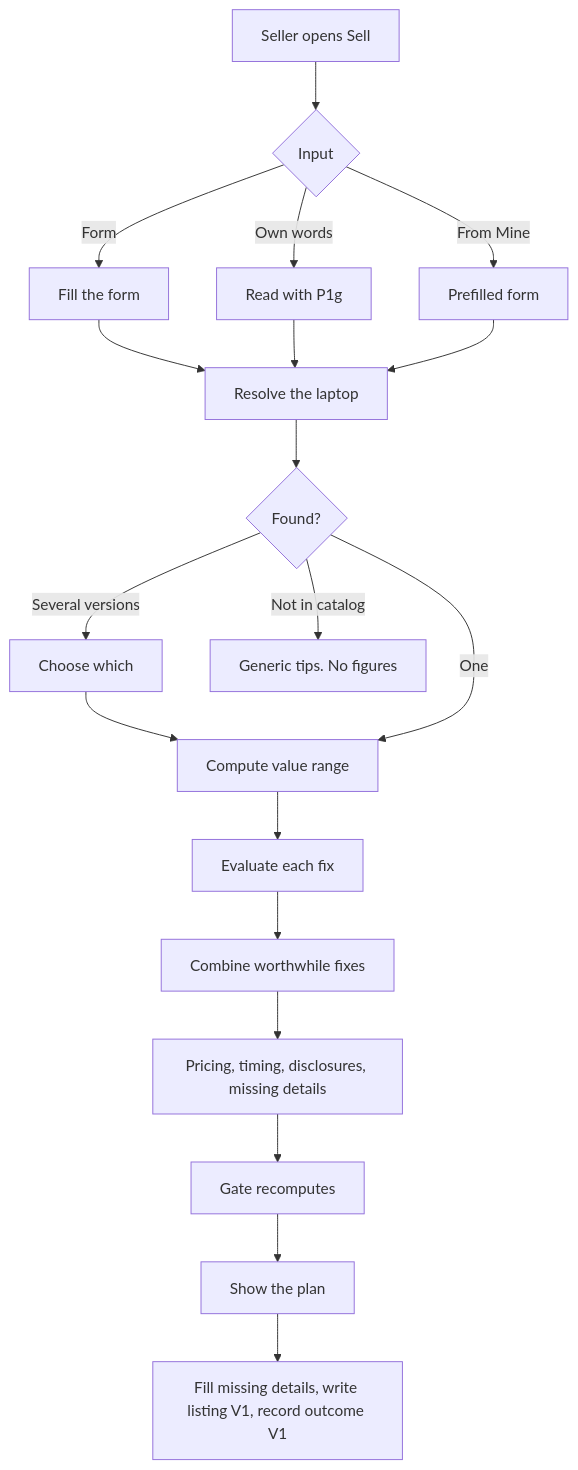
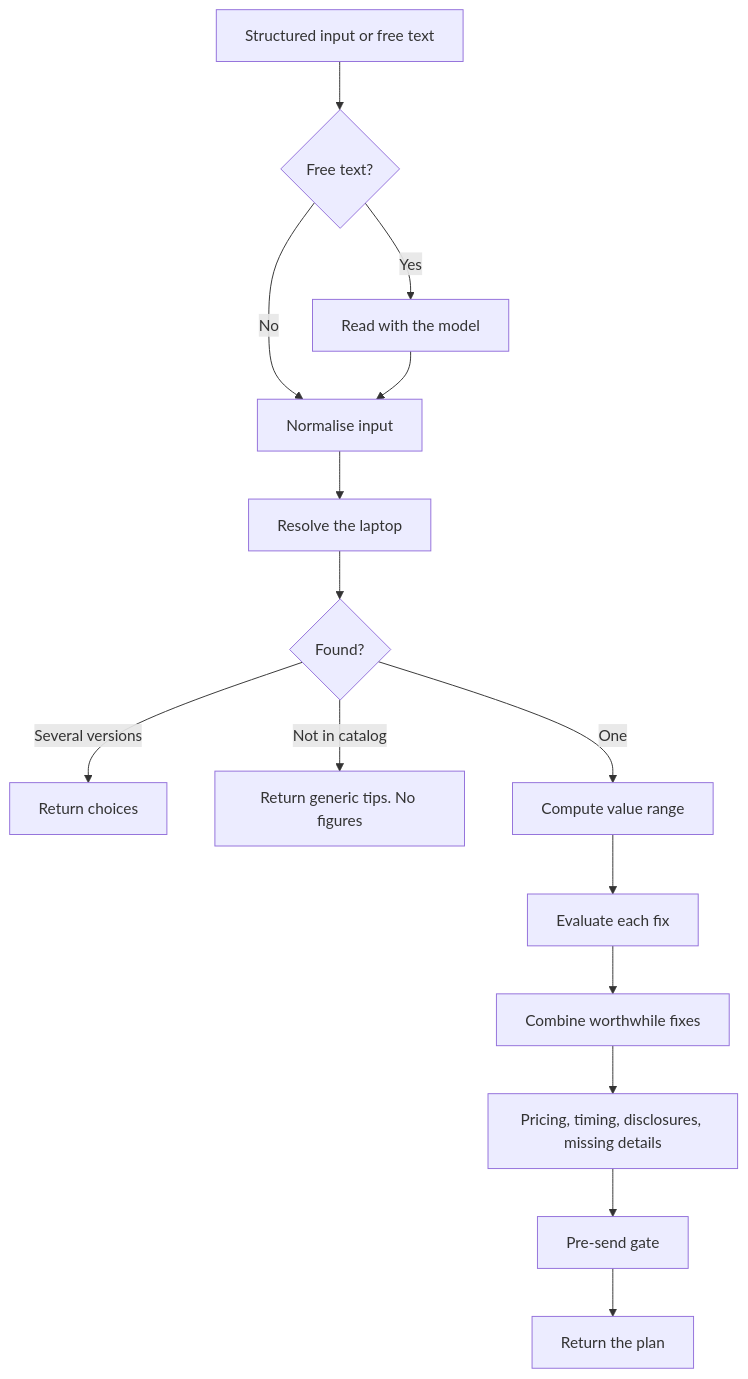
The diagram in lapfit-project/ai-spec/specs/F09_sell_plan.md (Atharvojha/AIforPMCapstoneProject_Team11), drawn with Mermaid before and after one commit. The commit also changed other lines of this file and 46 other files, not shown here.

````diff
--- a/lapfit-project/ai-spec/specs/F09_sell_plan.md
+++ b/lapfit-project/ai-spec/specs/F09_sell_plan.md
@@ -60,21 +62,17 @@
 ```mermaid
 flowchart TD
-  A[Seller opens Sell] --> B{Input}
-  B -->|Form| C[Fill the form]
-  B -->|Own words| D[Read with P1g]
-  B -->|From Mine| E[Prefilled form]
-  C --> F[Resolve the laptop]
-  D --> F
-  E --> F
-  F --> G{Found?}
-  G -->|Several versions| H[Choose which]
-  H --> I
-  G -->|Not in catalog| J[Generic tips. No figures]
-  G -->|One| I[Compute value range]
-  I --> K[Evaluate each fix]
-  K --> L[Combine worthwhile fixes]
-  L --> M[Pricing, timing, disclosures, missing details]
-  M --> N[Gate recomputes]
-  N --> O[Show the plan]
-  O --> P[Fill missing details, write listing V1, record outcome V1]
+  A[Structured input or free text] --> B{Free text?}
+  B -->|Yes| C[Read with the model]
+  B -->|No| D[Normalise input]
+  C --> D
+  D --> E[Resolve the laptop]
+  E --> F{Found?}
+  F -->|Several versions| G[Return choices]
+  F -->|Not in catalog| H[Return generic tips. No figures]
+  F -->|One| I[Compute value range]
+  I --> J[Evaluate each fix]
+  J --> K[Combine worthwhile fixes]
+  K --> L[Pricing, timing, disclosures, missing details]
+  L --> M[Pre-send gate]
+  M --> N[Return the plan]
 ```
````
